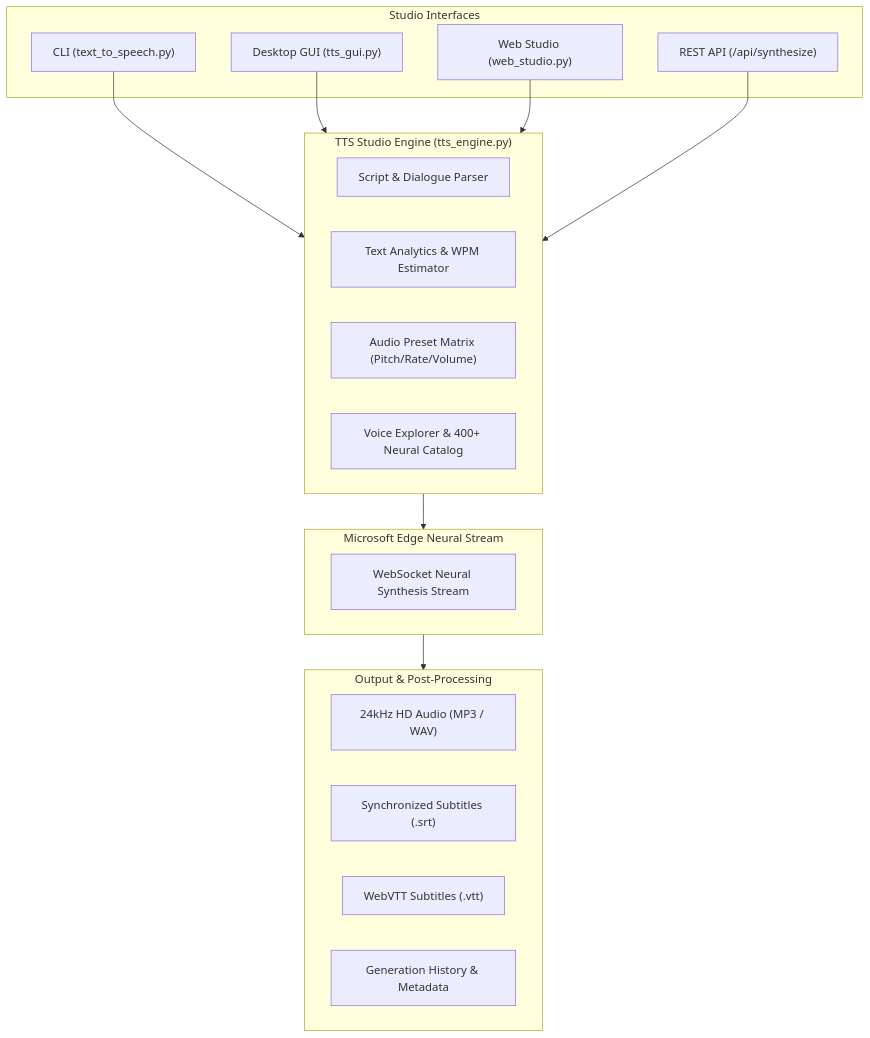
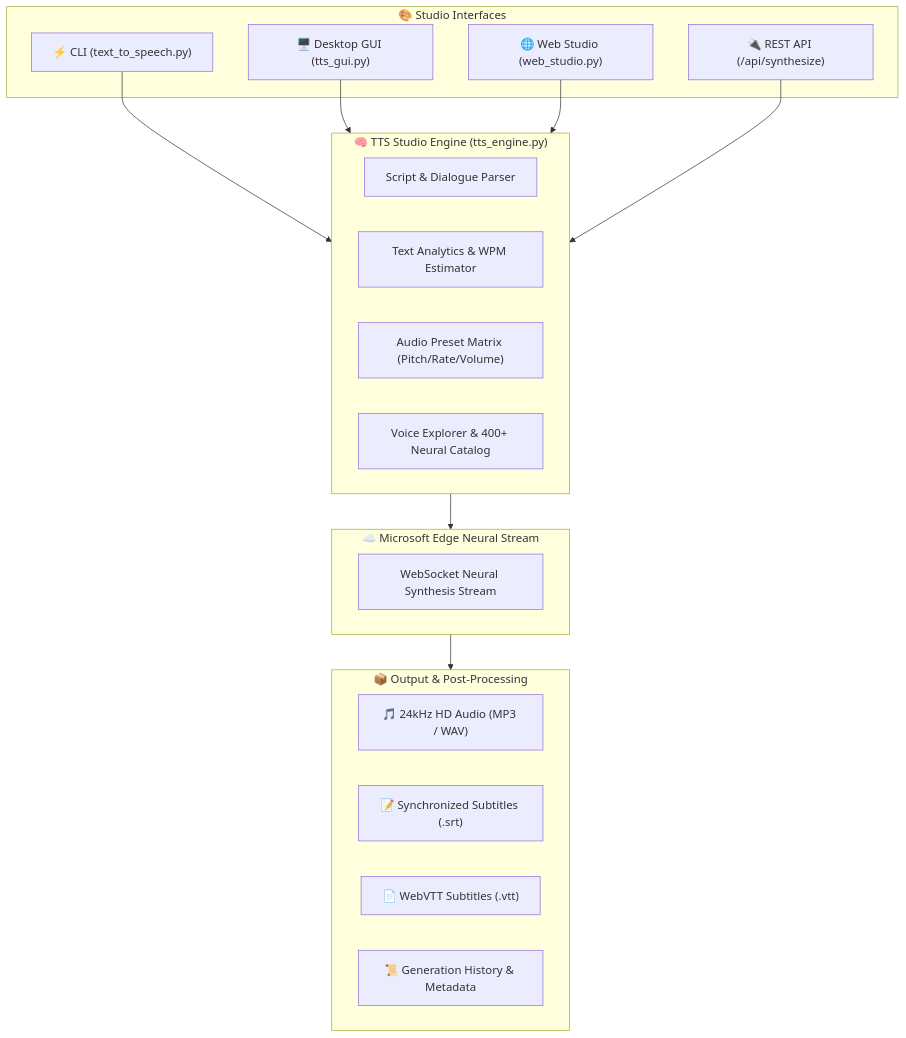
Before and after one commit to taezeem14/text-to-speech-studio: the first of 2 diagrams in README.md, drawn with Mermaid. The commit also changed other lines of this file, not shown here.

````diff
--- a/README.md
+++ b/README.md
@@ -65,35 +65,35 @@
 ```mermaid
 flowchart TD
-    subgraph Interfaces["Studio Interfaces"]
-        CLI["CLI (text_to_speech.py)"]
-        GUI["Desktop GUI (tts_gui.py)"]
-        WEB["Web Studio (web_studio.py)"]
-        REST["REST API (/api/synthesize)"]
+    subgraph Interfaces["🎨 Studio Interfaces"]
+        CLI["⚡ CLI (text_to_speech.py)"]
+        GUI["🖥️ Desktop GUI (tts_gui.py)"]
+        WEB["🌐 Web Studio (web_studio.py)"]
+        REST["🔌 REST API (/api/synthesize)"]
     end
 
-    subgraph CoreEngine["TTS Studio Engine (tts_engine.py)"]
+    subgraph CoreEngine["🧠 TTS Studio Engine (tts_engine.py)"]
         PARSER["Script & Dialogue Parser"]
         METRICS["Text Analytics & WPM Estimator"]
         PRESETS["Audio Preset Matrix (Pitch/Rate/Volume)"]
         CATALOG["Voice Explorer & 400+ Neural Catalog"]
     end
 
-    subgraph EdgeService["Microsoft Edge Neural Stream"]
+    subgraph EdgeService["☁️ Microsoft Edge Neural Stream"]
         STREAM["WebSocket Neural Synthesis Stream"]
     end
 
-    subgraph OutputPipeline["Output & Post-Processing"]
-        AUDIO["24kHz HD Audio (MP3 / WAV)"]
-        SRT["Synchronized Subtitles (.srt)"]
-        VTT["WebVTT Subtitles (.vtt)"]
-        HIST["Generation History & Metadata"]
+    subgraph OutputPipeline["📦 Output & Post-Processing"]
+        AUDIO["🎵 24kHz HD Audio (MP3 / WAV)"]
+        SRT["📝 Synchronized Subtitles (.srt)"]
+        VTT["📄 WebVTT Subtitles (.vtt)"]
+        HIST["📜 Generation History & Metadata"]
     end
 
     CLI --> CoreEngine
     GUI --> CoreEngine
     WEB --> CoreEngine
     REST --> CoreEngine
 
     CoreEngine --> EdgeService
     EdgeService --> OutputPipeline
 ```
````
